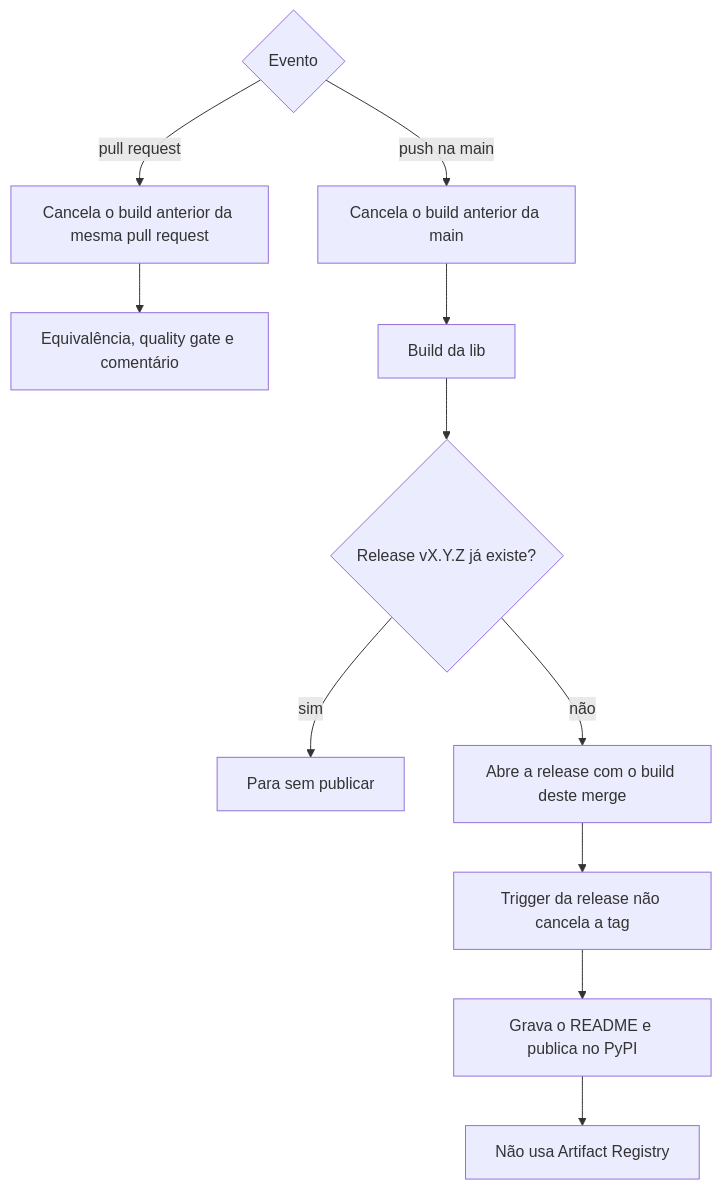
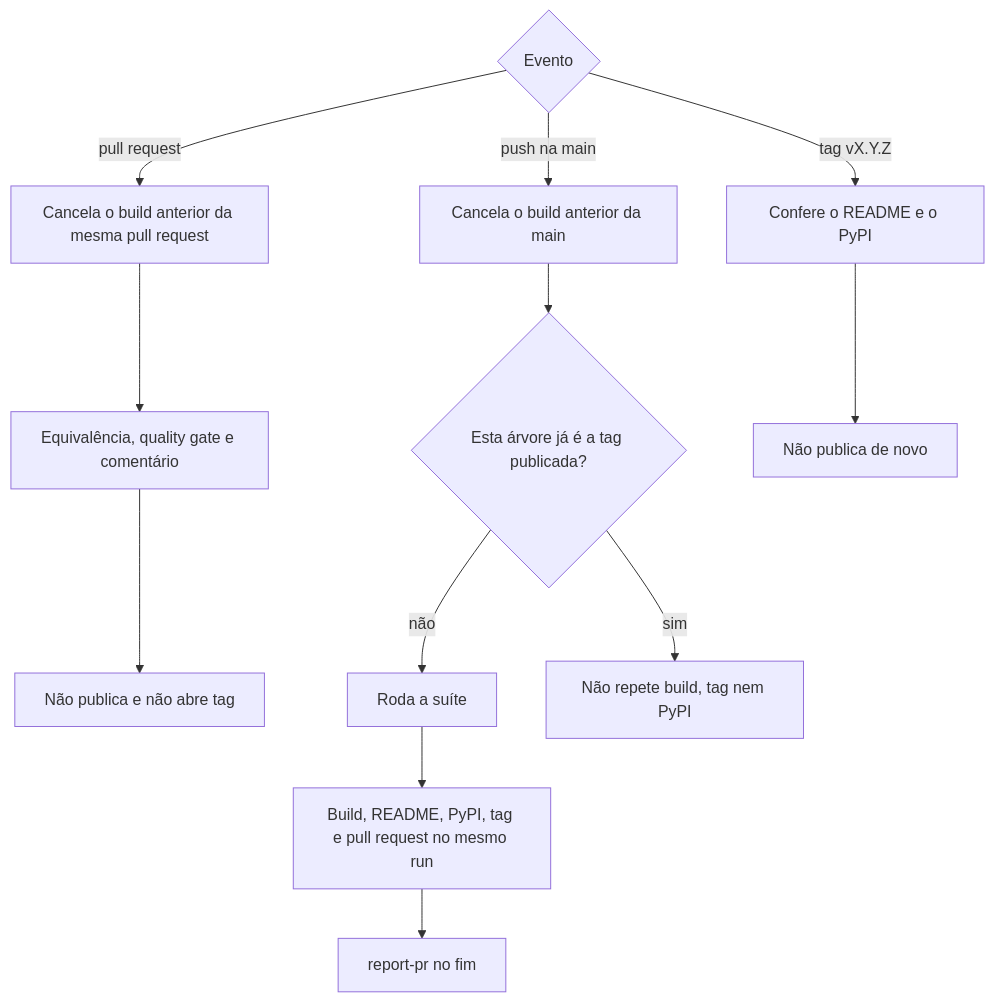
Before and after one commit to garusocruz/calculadora-rtc-simples-nacional: the third of 3 diagrams in docs/publicacao-flow.md, drawn with Mermaid. The commit also changed other lines of this file and 17 other files, not shown here.

First line of the commit message:
fix: a tag e o PyPI saem do mesmo run do quality gate (#7)

````diff
--- a/docs/publicacao-flow.md
+++ b/docs/publicacao-flow.md
@@ -60,14 +59,15 @@
 ```mermaid
 flowchart TD
   evento{Evento}
   evento -->|pull request| cancelaPr[Cancela o build anterior da mesma pull request]
   cancelaPr --> ci[Equivalência, quality gate e comentário]
+  ci --> fimPr[Não publica e não abre tag]
   evento -->|push na main| cancelaMain[Cancela o build anterior da main]
-  cancelaMain --> build[Build da lib]
-  build --> tem{Release vX.Y.Z já existe?}
-  tem -->|sim| para[Para sem publicar]
-  tem -->|não| abre[Abre a release com o build deste merge]
-  abre --> pub[Trigger da release não cancela a tag]
-  pub --> pypi[Grava o README e publica no PyPI]
-  pypi --> registry[Não usa Artifact Registry]
+  cancelaMain --> qual{Esta árvore já é a tag publicada?}
+  qual -->|não| gates[Roda a suíte]
+  gates --> cadeia[Build, README, PyPI, tag e pull request no mesmo run]
+  cadeia --> report[report-pr no fim]
+  qual -->|sim| ocioso[Não repete build, tag nem PyPI]
+  evento -->|tag vX.Y.Z| confere[Confere o README e o PyPI]
+  confere --> semPublicar[Não publica de novo]
 ```
````
